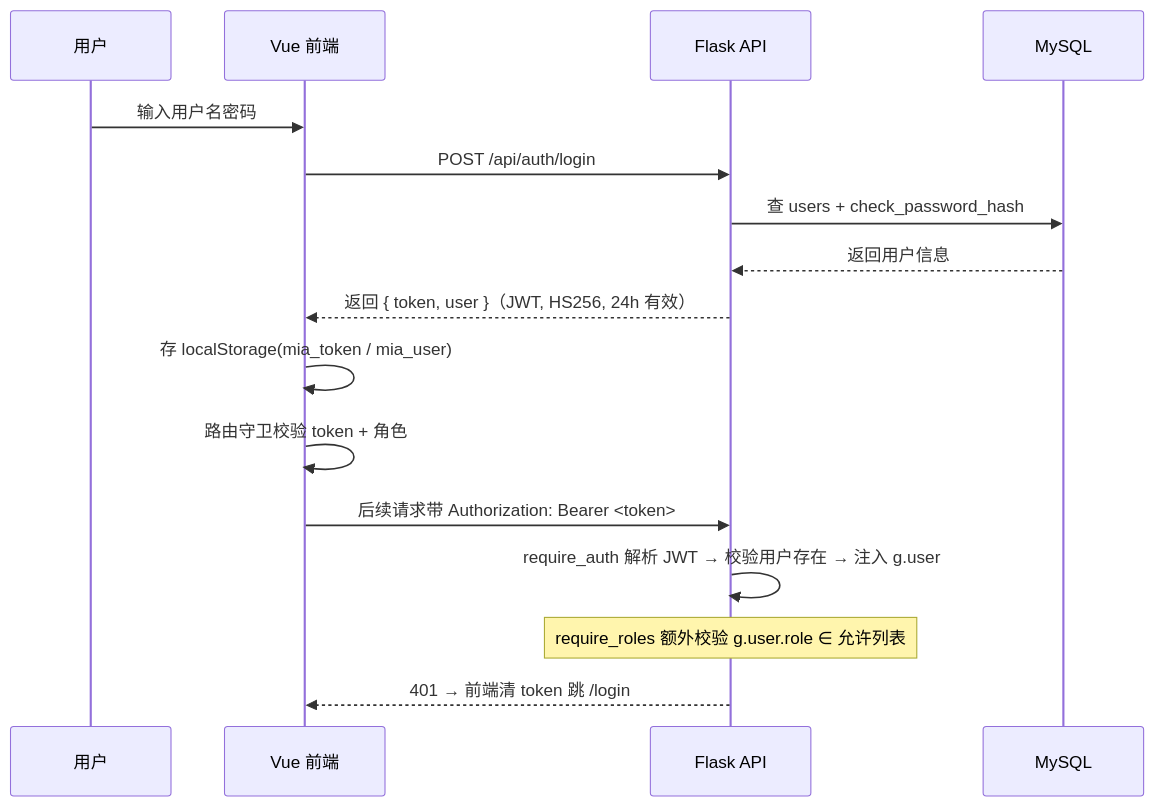
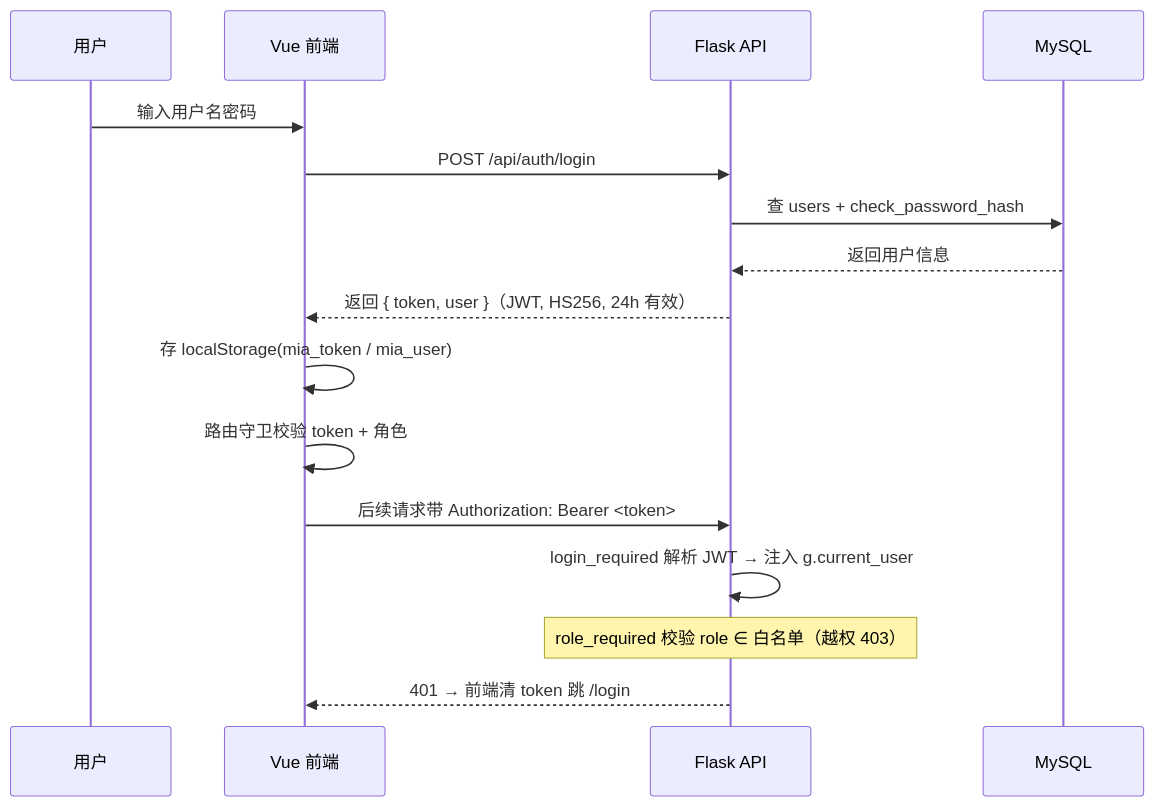
The second of 9 diagrams in 面试准备/项目架构图与流程图.md (SFANBLOG/medical-assistant-master), drawn with Mermaid before and after one commit. The commit also changed other lines of this file and 3 other files, not shown here.

````diff
--- a/面试准备/项目架构图与流程图.md
+++ b/面试准备/项目架构图与流程图.md
@@ -117,18 +118,18 @@
 ```mermaid
 sequenceDiagram
     participant U as 用户
     participant F as Vue 前端
     participant API as Flask API
     participant DB as MySQL
     U ->> F: 输入用户名密码
     F ->> API: POST /api/auth/login
     API ->> DB: 查 users + check_password_hash
     DB -->> API: 返回用户信息
     API -->> F: 返回 { token, user }（JWT, HS256, 24h 有效）
     F ->> F: 存 localStorage(mia_token / mia_user)
     F ->> F: 路由守卫校验 token + 角色
     F ->> API: 后续请求带 Authorization: Bearer <token>
-    API ->> API: require_auth 解析 JWT → 校验用户存在 → 注入 g.user
-    Note over API: require_roles 额外校验 g.user.role ∈ 允许列表
+    API ->> API: login_required 解析 JWT → 注入 g.current_user
+    Note over API: role_required 校验 role ∈ 白名单（越权 403）
     API -->> F: 401 → 前端清 token 跳 /login
 ```
````
